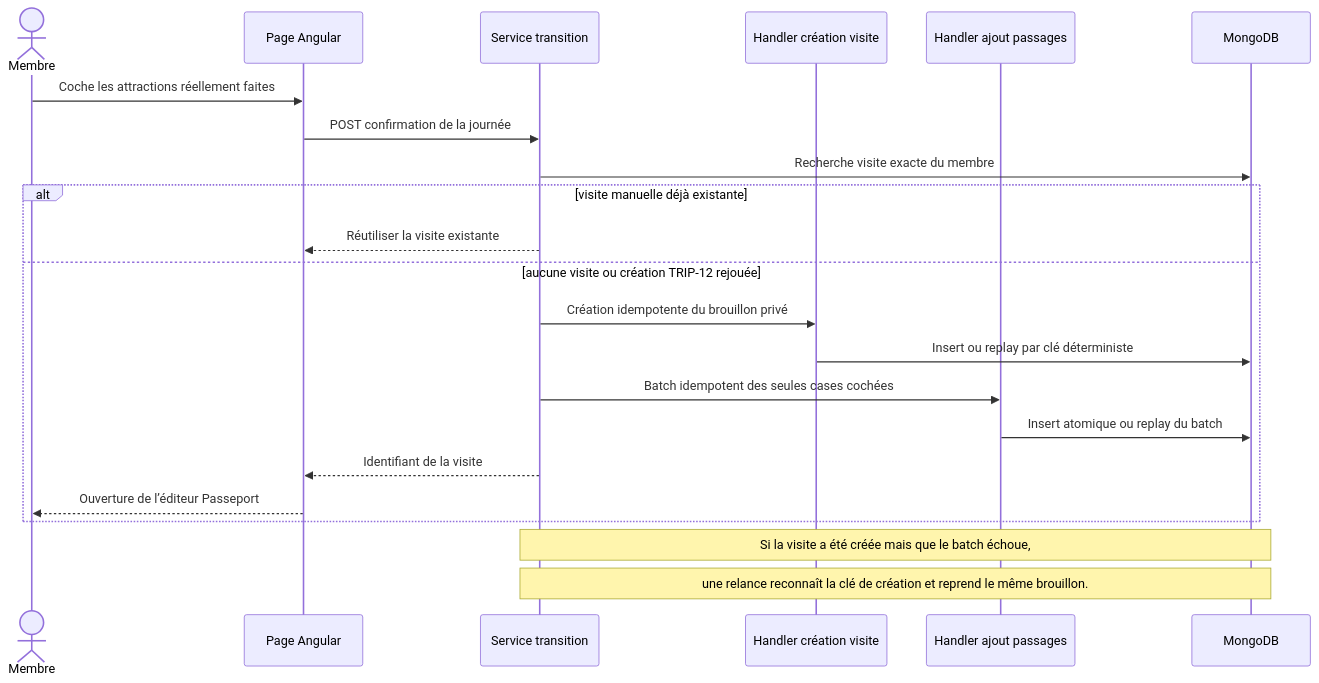
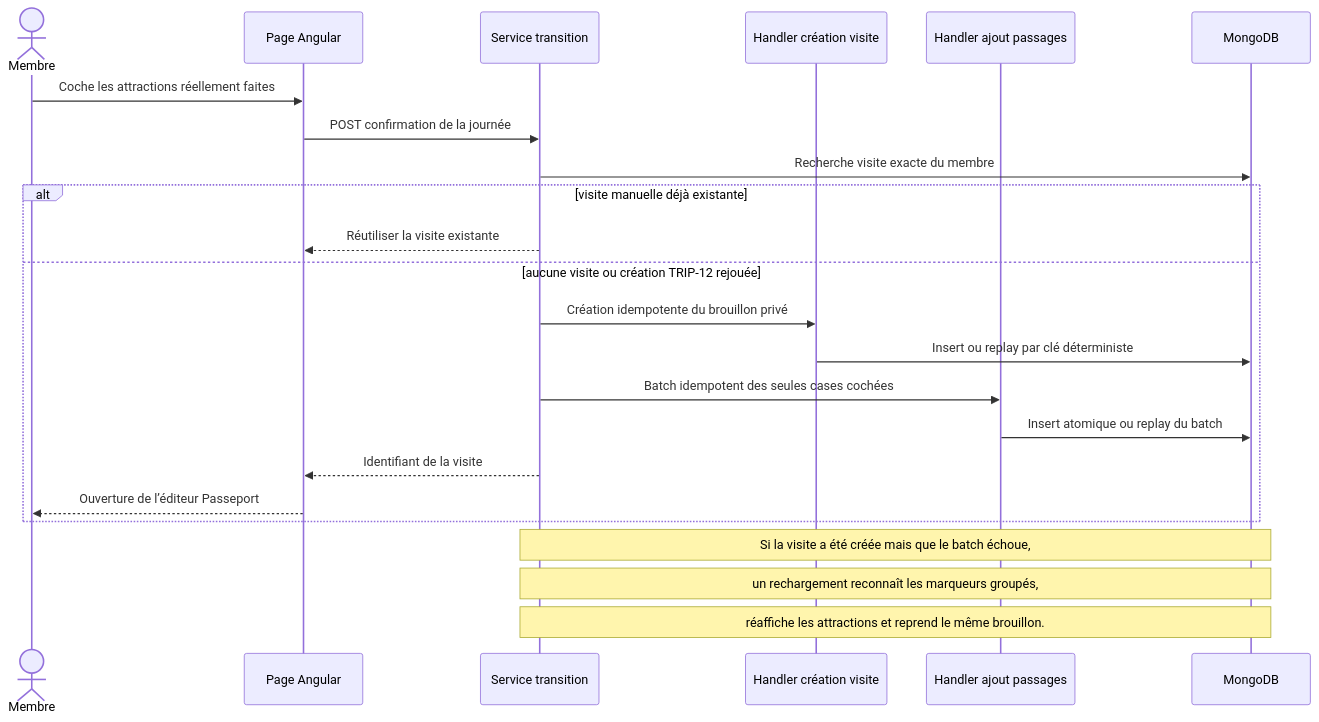
The fourth of 5 diagrams in docs/architecture/product-growth-trip-12-passport-transition-2026-09-25.md (Ced59/AmusementParkProject), drawn with Mermaid before and after one commit. The commit also changed other lines of this file and 35 other files, not shown here.

````diff
--- a/docs/architecture/product-growth-trip-12-passport-transition-2026-09-25.md
+++ b/docs/architecture/product-growth-trip-12-passport-transition-2026-09-25.md
@@ -171,26 +186,27 @@
 ```mermaid
 sequenceDiagram
     actor M as Membre
     participant UI as Page Angular
     participant APP as Service transition
     participant VISIT as Handler création visite
     participant RIDE as Handler ajout passages
     participant DB as MongoDB
 
     M->>UI: Coche les attractions réellement faites
     UI->>APP: POST confirmation de la journée
     APP->>DB: Recherche visite exacte du membre
     alt visite manuelle déjà existante
       APP-->>UI: Réutiliser la visite existante
     else aucune visite ou création TRIP-12 rejouée
       APP->>VISIT: Création idempotente du brouillon privé
       VISIT->>DB: Insert ou replay par clé déterministe
       APP->>RIDE: Batch idempotent des seules cases cochées
       RIDE->>DB: Insert atomique ou replay du batch
       APP-->>UI: Identifiant de la visite
       UI-->>M: Ouverture de l’éditeur Passeport
     end
 
     Note over APP,DB: Si la visite a été créée mais que le batch échoue,
-    Note over APP,DB: une relance reconnaît la clé de création et reprend le même brouillon.
+    Note over APP,DB: un rechargement reconnaît les marqueurs groupés,
+    Note over APP,DB: réaffiche les attractions et reprend le même brouillon.
 ```
````
